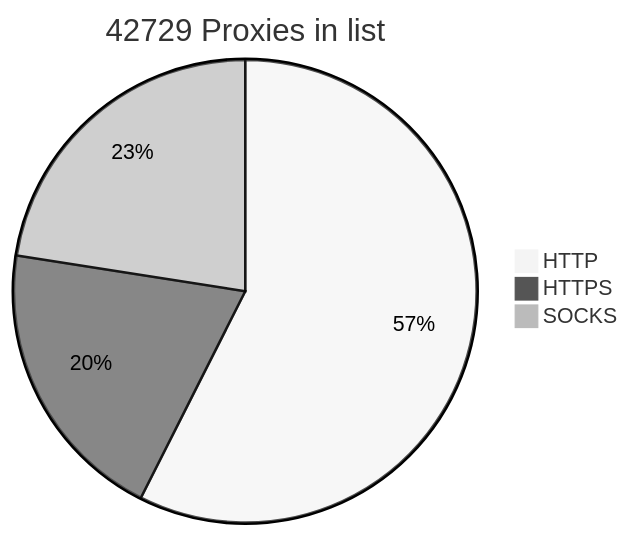
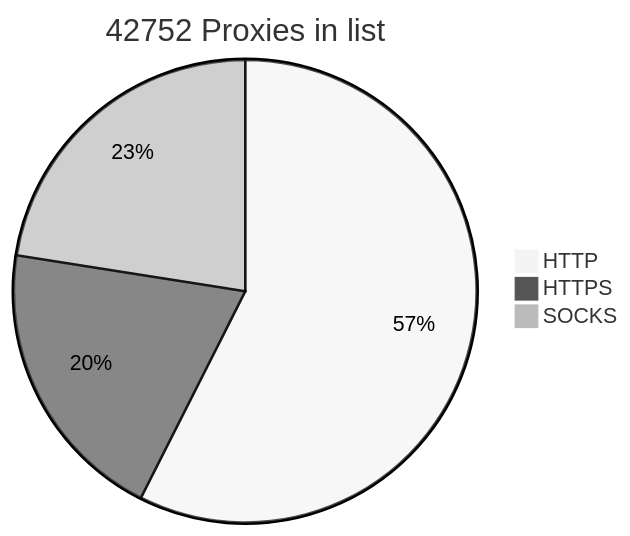
One commit to BlackSnowDot/proxylist-update-every-minute changed the diagram in README.md. Above: the diagram before and after it, drawn with Mermaid (neutral theme).

````diff
--- a/README.md
+++ b/README.md
@@ -2,6 +2,6 @@
 ```mermaid
-pie title 42729 Proxies in list
-    "HTTP" : 28287
-    "HTTPS": 9861
-    "SOCKS" : 11093
+pie title 42752 Proxies in list
+    "HTTP" : 28301
+    "HTTPS": 9873
+    "SOCKS" : 11094
 ```
````
